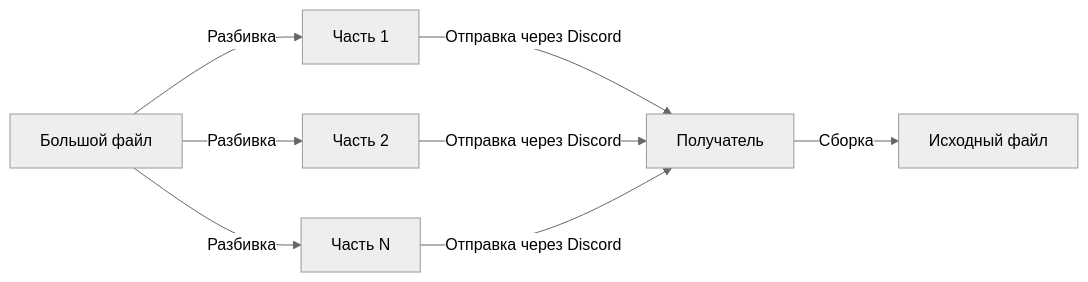
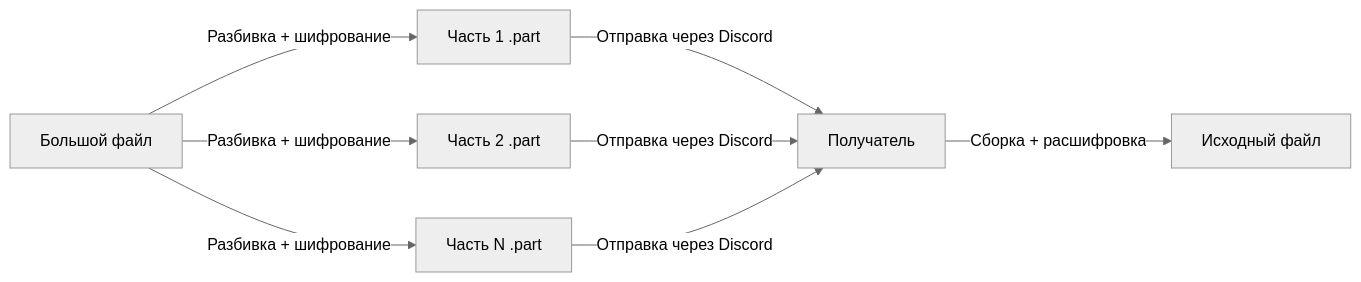
Before and after one commit to Antoniwankow/Discord-file-splitter: the first of 2 diagrams in README.md, drawn with Mermaid (neutral theme). The commit also changed other lines of this file, not shown here.

````diff
--- a/README.md
+++ b/README.md
@@ -42,10 +53,10 @@
 ```mermaid
 graph LR
-    A[Большой файл] -->|Разбивка| B[Часть 1]
-    A -->|Разбивка| C[Часть 2]
-    A -->|Разбивка| D[Часть N]
+    A[Большой файл] -->|Разбивка + шифрование| B[Часть 1 .part]
+    A -->|Разбивка + шифрование| C[Часть 2 .part]
+    A -->|Разбивка + шифрование| D[Часть N .part]
     B -->|Отправка через Discord| E[Получатель]
     C -->|Отправка через Discord| E
     D -->|Отправка через Discord| E
-    E -->|Сборка| F[Исходный файл]
+    E -->|Сборка + расшифровка| F[Исходный файл]
 ```
````
